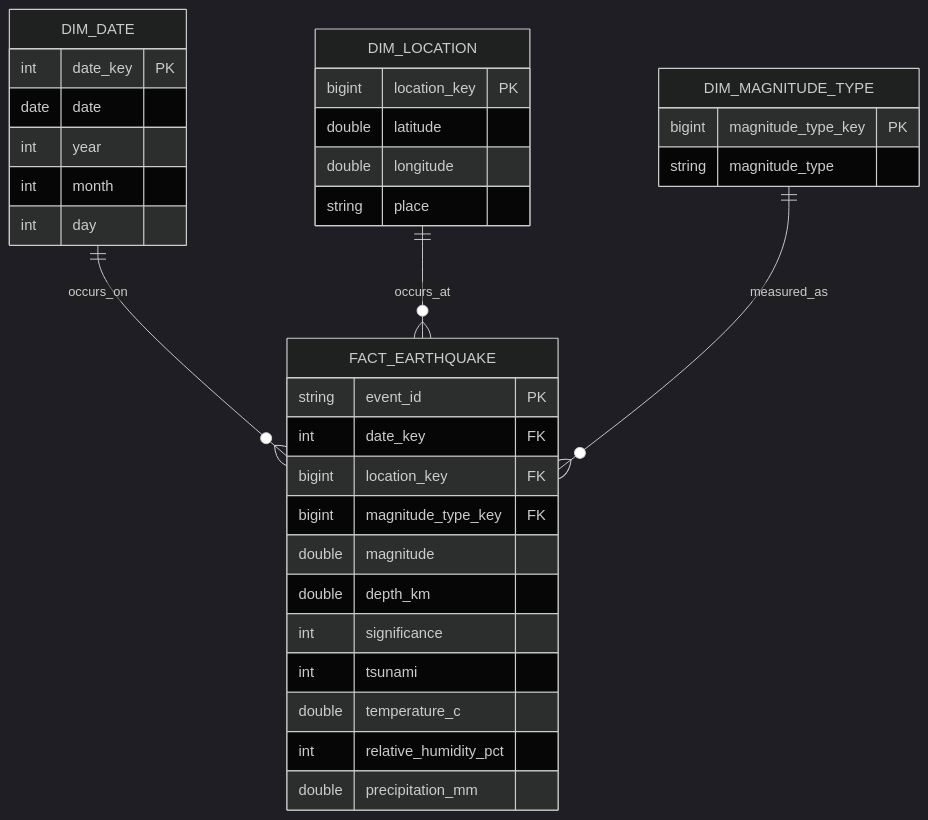
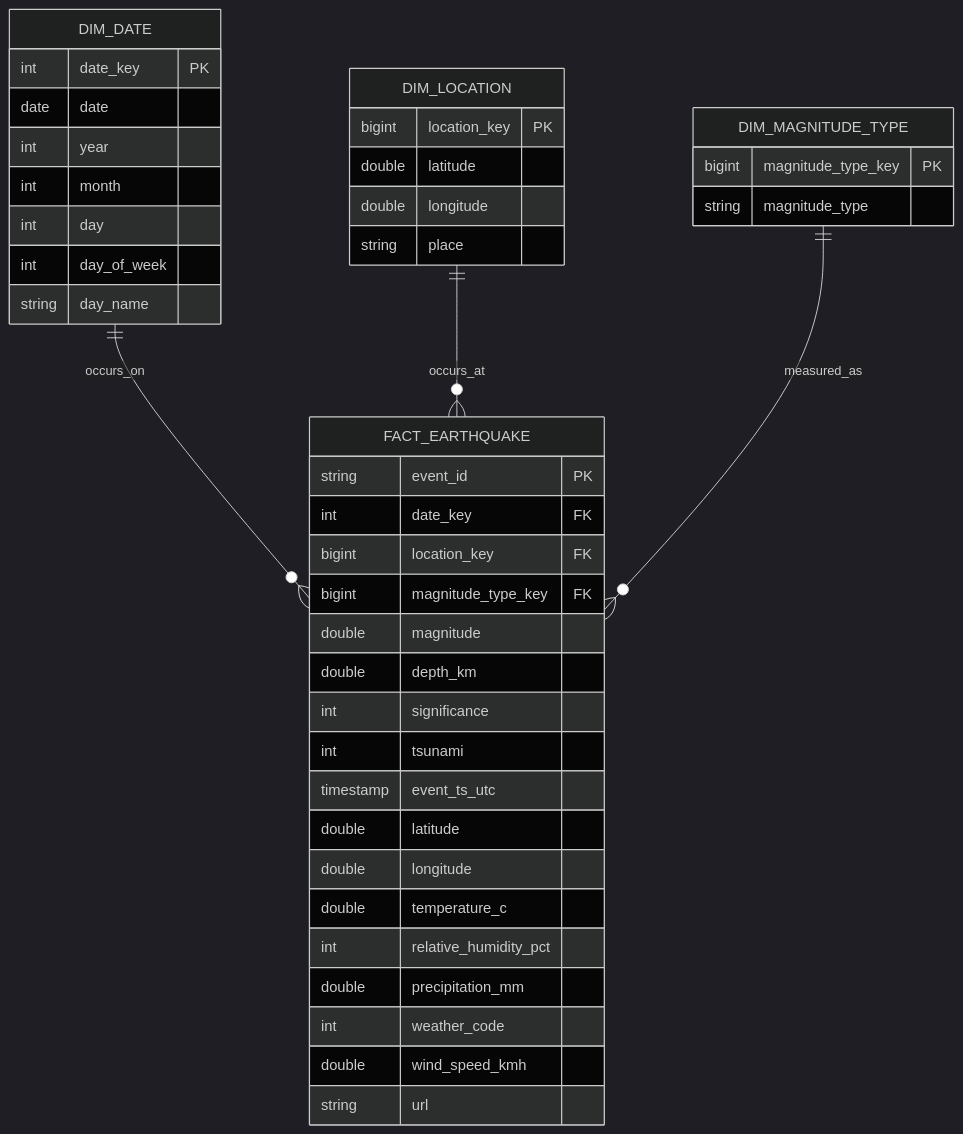
One commit to Simrannaroraa/earthquake-weather-pipeline changed the diagram in docs/star_schema.md. Above: the diagram before and after it, drawn with Mermaid (dark theme). The commit also changed other lines of this file and 16 other files, not shown here.

Commit message:
Complete Week 5 Medallion Delta MERGE, Star Schema, Streamlit dashboard, and tests

````diff
--- a/docs/star_schema.md
+++ b/docs/star_schema.md
@@ -3,36 +5,48 @@
 ```mermaid
 erDiagram
   DIM_DATE ||--o{ FACT_EARTHQUAKE : occurs_on
   DIM_LOCATION ||--o{ FACT_EARTHQUAKE : occurs_at
   DIM_MAGNITUDE_TYPE ||--o{ FACT_EARTHQUAKE : measured_as
+
   DIM_DATE {
     int date_key PK
     date date
     int year
     int month
     int day
+    int day_of_week
+    string day_name
   }
+
   DIM_LOCATION {
     bigint location_key PK
     double latitude
     double longitude
     string place
   }
+
   DIM_MAGNITUDE_TYPE {
     bigint magnitude_type_key PK
     string magnitude_type
   }
+
   FACT_EARTHQUAKE {
     string event_id PK
     int date_key FK
     bigint location_key FK
     bigint magnitude_type_key FK
     double magnitude
     double depth_km
     int significance
     int tsunami
+    timestamp event_ts_utc
+    double latitude
+    double longitude
     double temperature_c
     int relative_humidity_pct
     double precipitation_mm
+    int weather_code
+    double wind_speed_kmh
+    string url
   }
 ```
````
